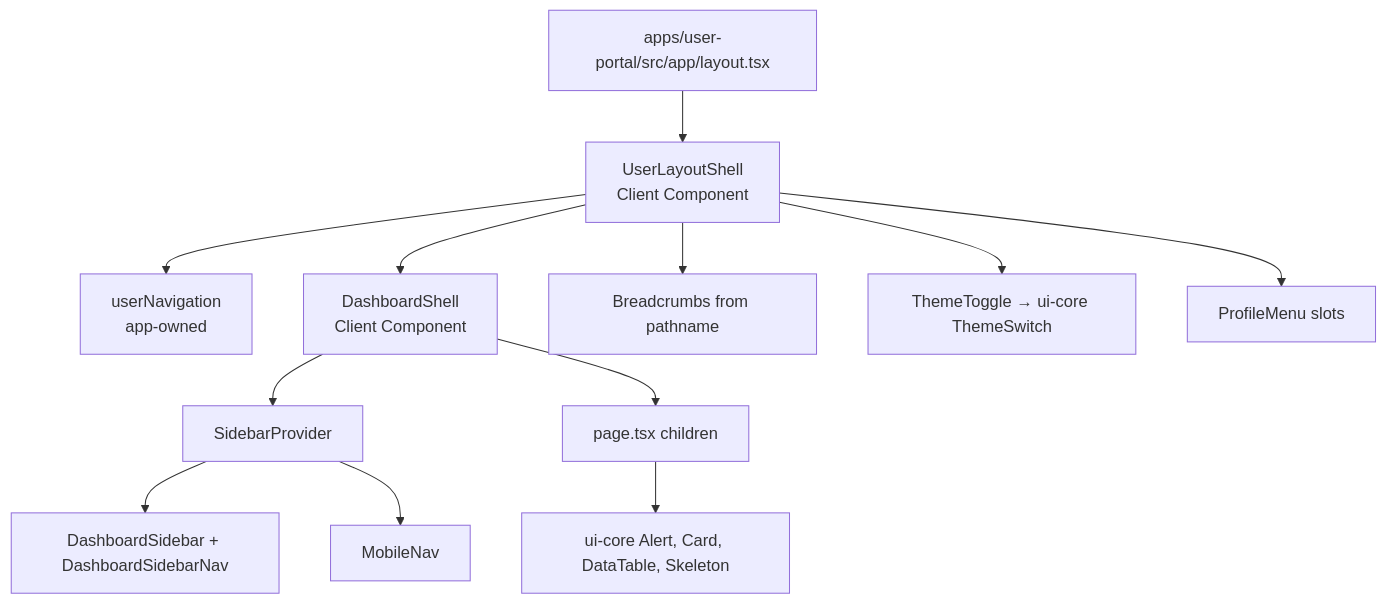
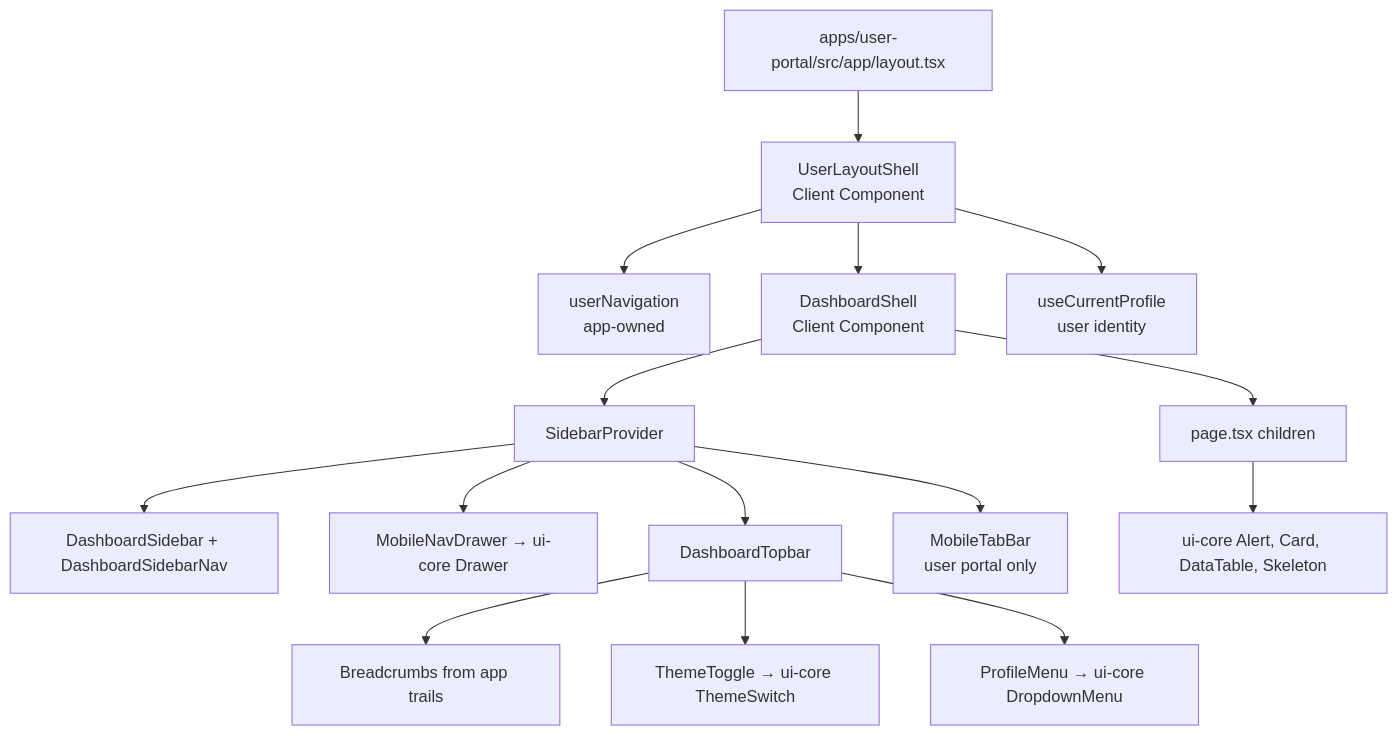
One commit to chukwuemekanweke/nextjs-project-template changed the diagram in docs/architecture/03-shared-dashboard-architecture.md. Above: the diagram before and after it, drawn with Mermaid. The commit also changed other lines of this file and 74 other files, not shown here.

First line of the commit message:
feat(dashboard): redesign shared dashboard shell and navigation (#41)

````diff
--- a/docs/architecture/03-shared-dashboard-architecture.md
+++ b/docs/architecture/03-shared-dashboard-architecture.md
@@ -9,14 +9,19 @@
 ```mermaid
 flowchart TD
   layout[apps/user-portal/src/app/layout.tsx] --> shell[UserLayoutShell\nClient Component]
   shell --> nav[userNavigation\napp-owned]
   shell --> ds[DashboardShell\nClient Component]
   ds --> provider[SidebarProvider]
   provider --> sidebar[DashboardSidebar + DashboardSidebarNav]
-  provider --> mobile[MobileNav]
-  shell --> crumbs[Breadcrumbs from pathname]
-  shell --> theme[ThemeToggle → ui-core ThemeSwitch]
-  shell --> profile[ProfileMenu slots]
+  provider --> drawer[MobileNavDrawer → ui-core Drawer]
+  provider --> topbar[DashboardTopbar]
+  provider --> tabs[MobileTabBar
+user portal only]
+  topbar --> crumbs[Breadcrumbs from app trails]
+  topbar --> theme[ThemeToggle → ui-core ThemeSwitch]
+  topbar --> profile[ProfileMenu → ui-core DropdownMenu]
+  shell --> identity[useCurrentProfile
+user identity]
   ds --> page[page.tsx children]
   page --> core[ui-core Alert, Card, DataTable, Skeleton]
 ```
````
